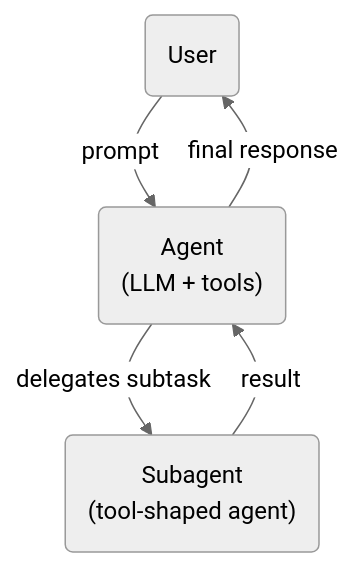
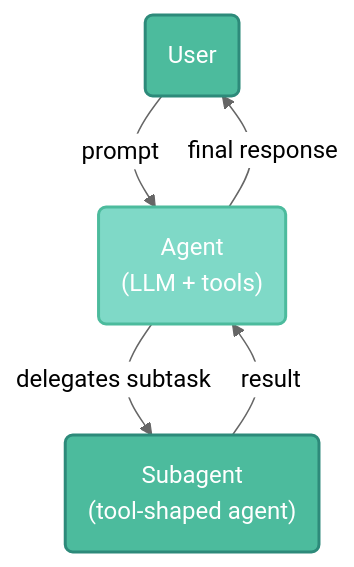
The first of 3 diagrams in btw.qmd (mjfrigaard/shiny-app-pkgs), drawn with Mermaid before and after one commit. The commit also changed other lines of this file, not shown here.

First line of the commit message:
Style all 3 mermaid diagrams in btw.qmd with teal palette

````diff
--- a/btw.qmd
+++ b/btw.qmd
@@ -544,12 +544,16 @@
 ```{mermaid}
 %%| fig-cap: 'Agents vs. subagents'
 %%| fig-align: center
 %%{init: {'theme': 'neutral', 'themeVariables': { 'fontFamily': 'monospace', "fontSize":"16px"}}}%%
 
 flowchart TD
     User(User) -->|prompt| Agt("Agent<br>(LLM + tools)")
     Agt -->|delegates subtask| SubAgt("Subagent<br>(tool-shaped agent)")
     SubAgt -->|result| Agt
     Agt -->|final response| User
-    
+
+    style User fill:#4CBB9D,color:#fff,stroke:#2d8a7a,stroke-width:2px
+    style Agt fill:#7fd9c7,color:#fff,stroke:#4CBB9D,stroke-width:2px
+    style SubAgt fill:#4CBB9D,color:#fff,stroke:#2d8a7a,stroke-width:2px
+
 ```
````
